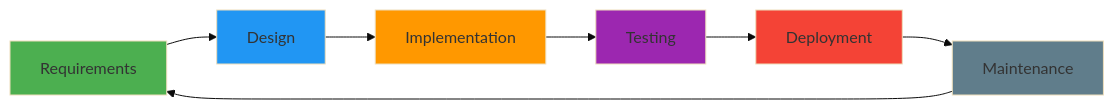
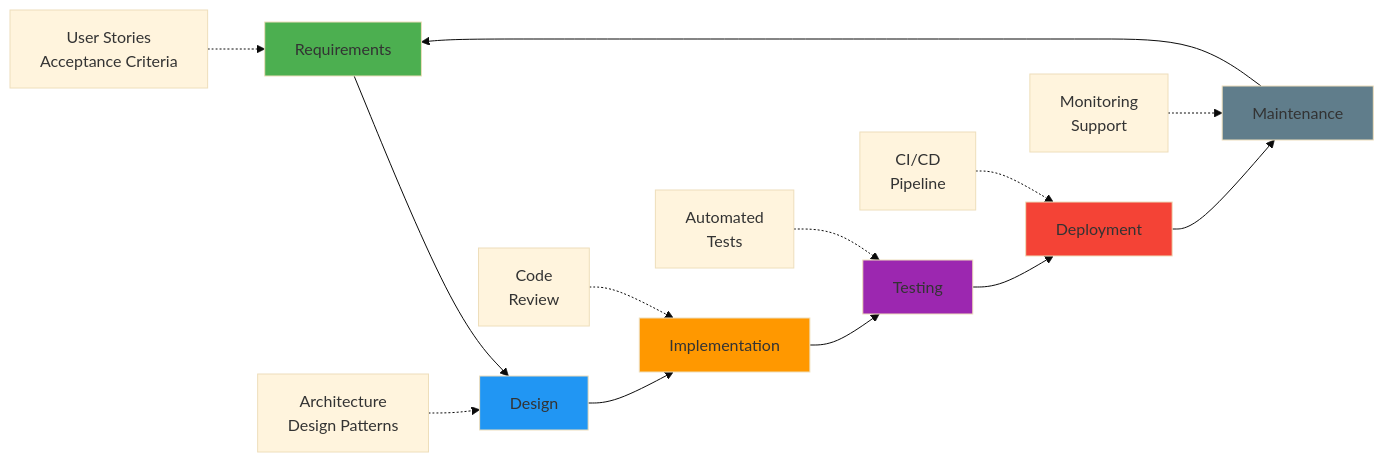
The first of 7 diagrams in SDLC.md (thenisvan/SerialyTTY), drawn with Mermaid (base theme) before and after one commit. The commit also changed other lines of this file and 9 other files, not shown here.

````diff
--- a/SDLC.md
+++ b/SDLC.md
@@ -39,16 +100,23 @@
 ```mermaid
 graph LR
     A[Requirements] --> B[Design]
     B --> C[Implementation]
     C --> D[Testing]
     D --> E[Deployment]
     E --> F[Maintenance]
     F --> A
     
+    A1[User Stories<br/>Acceptance Criteria] -.-> A
+    B1[Architecture<br/>Design Patterns] -.-> B
+    C1[Code<br/>Review] -.-> C
+    D1[Automated<br/>Tests] -.-> D
+    E1[CI/CD<br/>Pipeline] -.-> E
+    F1[Monitoring<br/>Support] -.-> F
+    
     style A fill:#4CAF50
     style B fill:#2196F3
     style C fill:#FF9800
     style D fill:#9C27B0
     style E fill:#F44336
     style F fill:#607D8B
 ```
````
